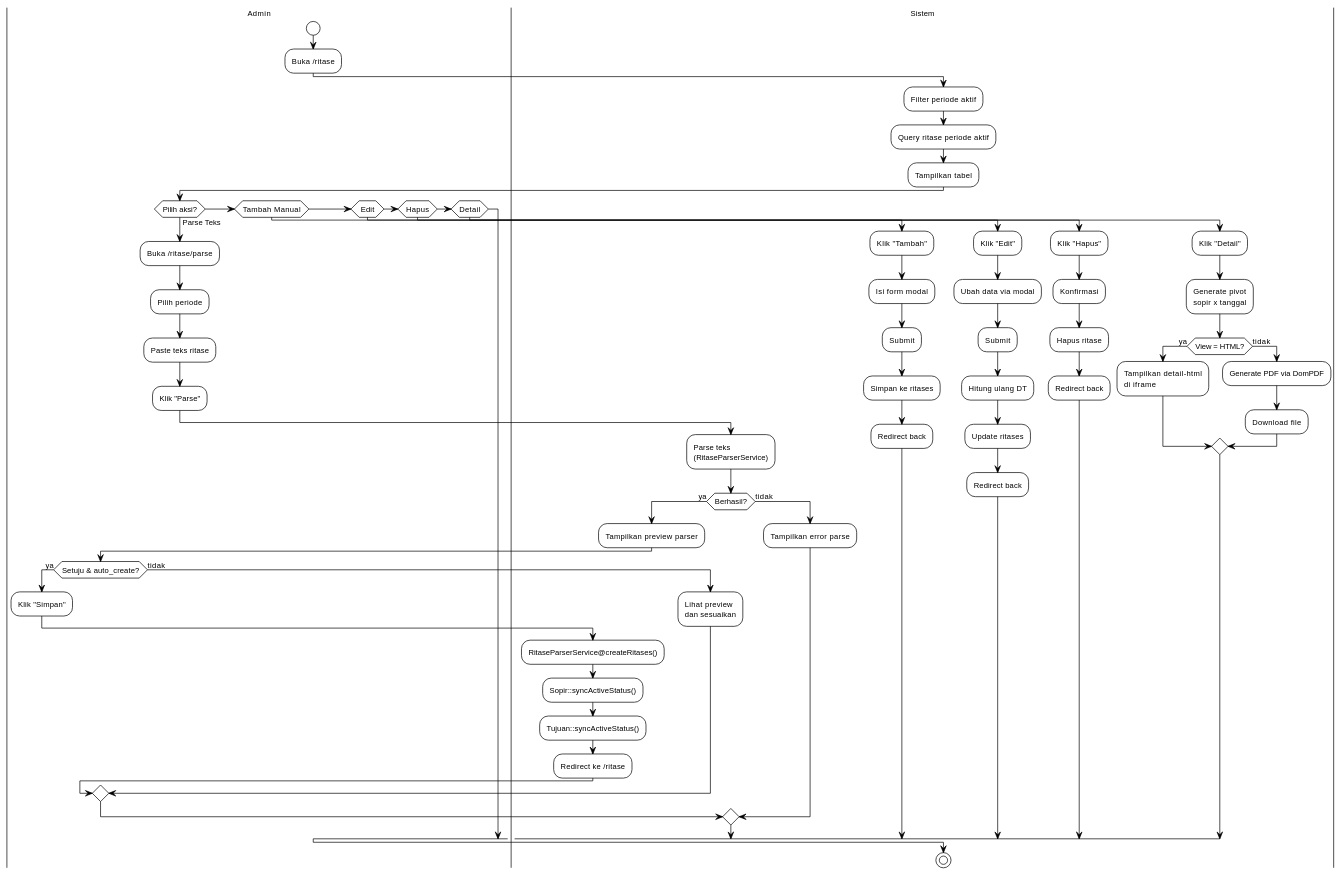
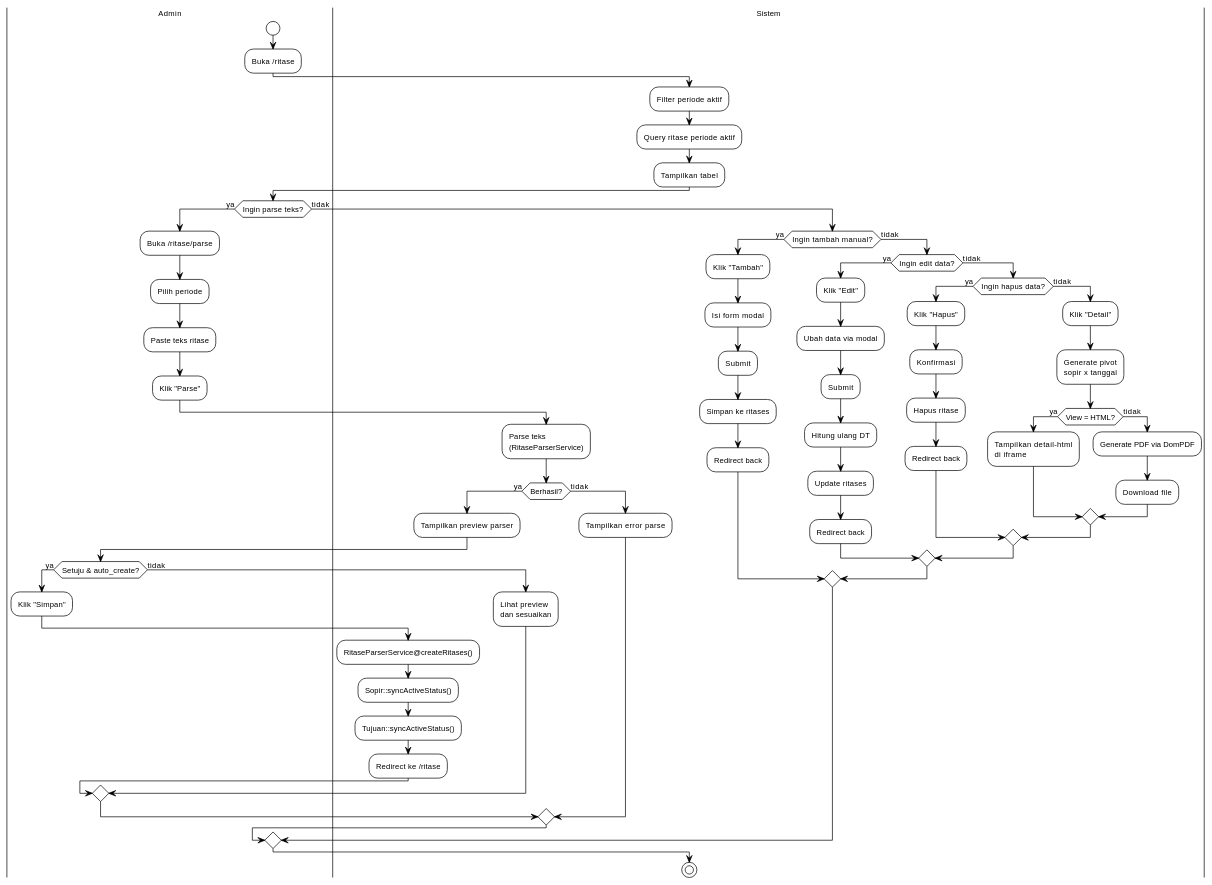
The tenth of 22 diagrams in FLOWCHART.md (riandafatur28/sidigas-gaji-sopir-truck), drawn with PlantUML before and after one commit. The commit also changed other lines of this file, not shown here.

Commit message:
docs: update flowchart

```diff
--- a/FLOWCHART.md
+++ b/FLOWCHART.md
@@ -646,7 +658,7 @@
 :Tampilkan tabel;
 
 |Admin|
-if (Pilih aksi?) then (Parse Teks)
+if (Ingin parse teks?) then (ya)
   :Buka /ritase/parse;
   :Pilih periode;
   :Paste teks ritase;
@@ -670,39 +682,45 @@
     :Tampilkan error parse;
   endif
 
-elseif (Tambah Manual) then
-  :Klik "Tambah";
-  :Isi form modal;
-  :Submit;
-  |Sistem|
-  :Simpan ke ritases;
-  :Redirect back;
+else (tidak)
+  if (Ingin tambah manual?) then (ya)
+    :Klik "Tambah";
+    :Isi form modal;
+    :Submit;
+    |Sistem|
+    :Simpan ke ritases;
+    :Redirect back;
 
-elseif (Edit) then
-  :Klik "Edit";
-  :Ubah data via modal;
-  :Submit;
-  |Sistem|
-  :Hitung ulang DT;
-  :Update ritases;
-  :Redirect back;
+  else (tidak)
+    if (Ingin edit data?) then (ya)
+      :Klik "Edit";
+      :Ubah data via modal;
+      :Submit;
+      |Sistem|
+      :Hitung ulang DT;
+      :Update ritases;
+      :Redirect back;
 
-elseif (Hapus) then
-  :Klik "Hapus";
-  :Konfirmasi;
-  |Sistem|
-  :Hapus ritase;
-  :Redirect back;
+    else (tidak)
+      if (Ingin hapus data?) then (ya)
+        :Klik "Hapus";
+        :Konfirmasi;
+        |Sistem|
+        :Hapus ritase;
+        :Redirect back;
 
-elseif (Detail) then
-  :Klik "Detail";
-  |Sistem|
-  :Generate pivot\nsopir x tanggal;
-  if (View = HTML?) then (ya)
-    :Tampilkan detail-html\ndi iframe;
-  else (tidak)
-    :Generate PDF via DomPDF;
-    :Download file;
+      else (tidak)
+        :Klik "Detail";
+        |Sistem|
+        :Generate pivot\nsopir x tanggal;
+        if (View = HTML?) then (ya)
+          :Tampilkan detail-html\ndi iframe;
+        else (tidak)
+          :Generate PDF via DomPDF;
+          :Download file;
+        endif
+      endif
+    endif
   endif
 endif
 stop
```
